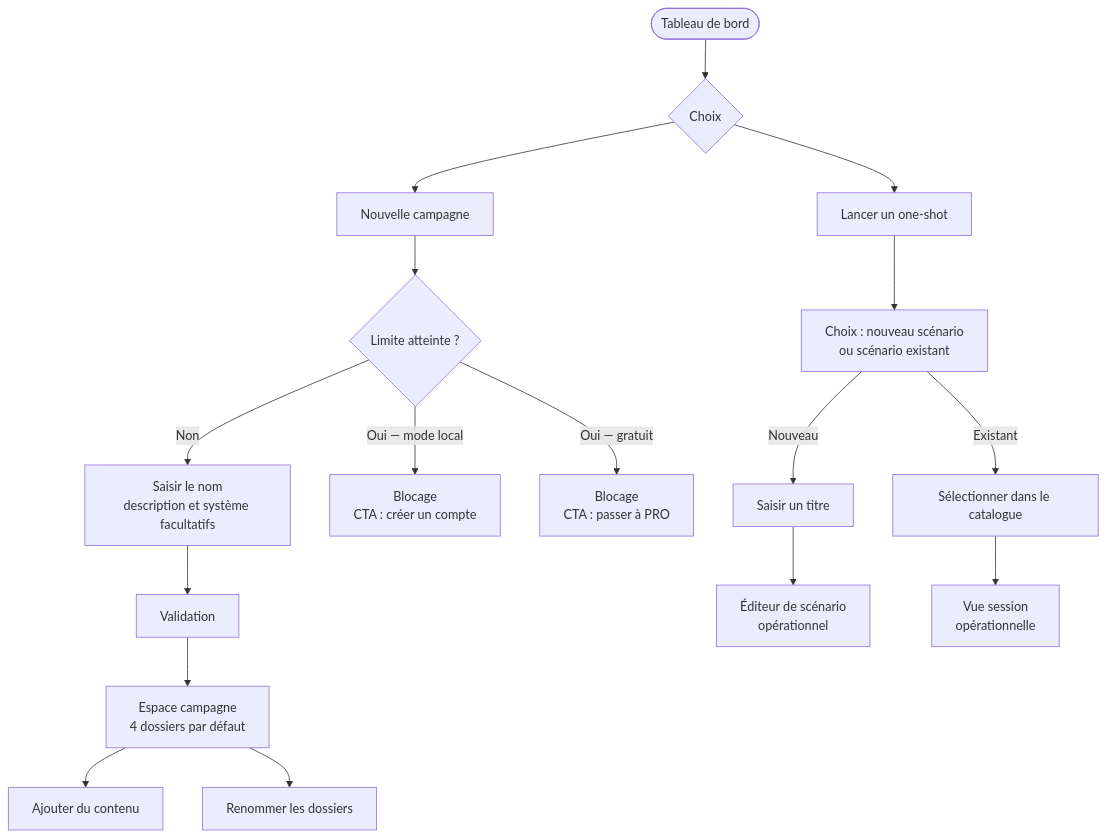
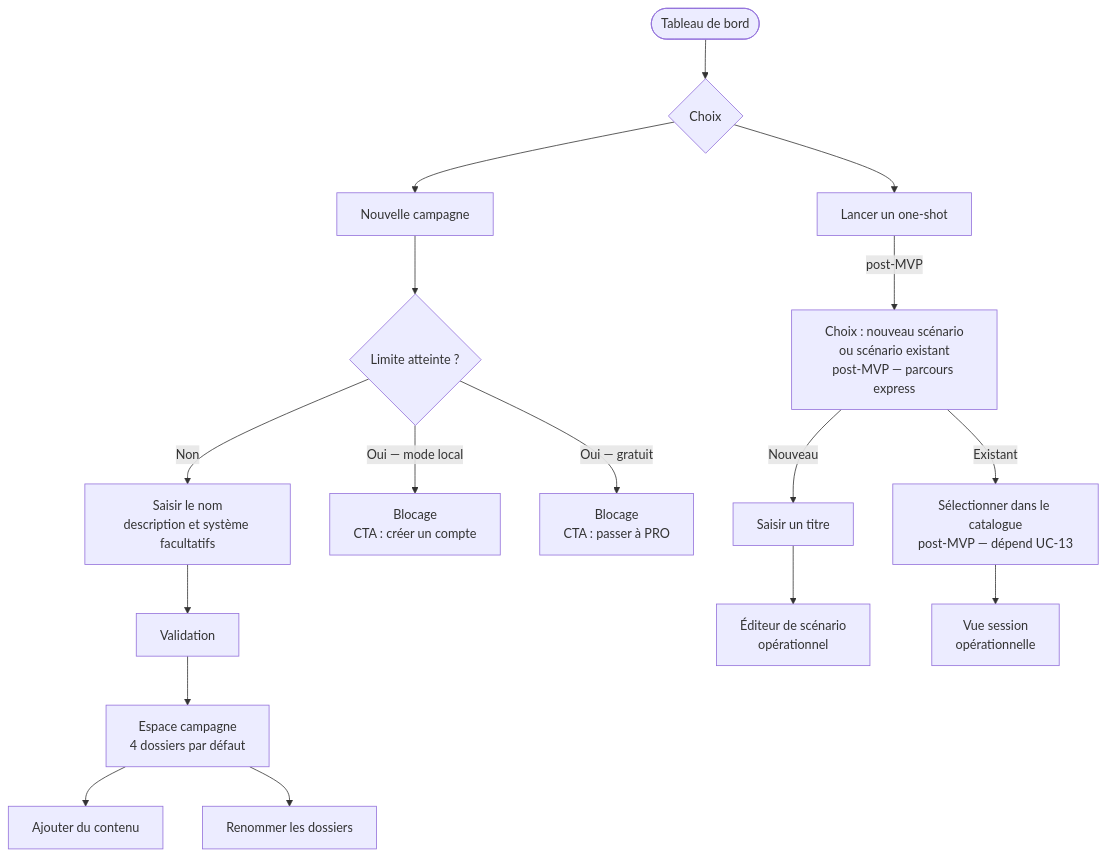
Before and after one commit to 2025-10-CDA-ECO-P6/PM-micro-saas: the second of 2 diagrams in docs/conception/user-journeys/UJ-UC-02-creer-espace-jeu.md, drawn with Mermaid. The commit also changed other lines of this file and 52 other files, not shown here.

````diff
--- a/docs/conception/user-journeys/UJ-UC-02-creer-espace-jeu.md
+++ b/docs/conception/user-journeys/UJ-UC-02-creer-espace-jeu.md
@@ -47,21 +49,21 @@
 ```mermaid
 flowchart TD
     A([Tableau de bord]) --> B{Choix}
     B --> C[Nouvelle campagne]
     B --> D[Lancer un one-shot]
 
     C --> E{Limite atteinte ?}
     E -->|Non| F[Saisir le nom\ndescription et système facultatifs]
     E -->|Oui — mode local| G[Blocage\nCTA : créer un compte]
     E -->|Oui — gratuit| H[Blocage\nCTA : passer à PRO]
     F --> I[Validation]
     I --> J[Espace campagne\n4 dossiers par défaut]
     J --> K[Ajouter du contenu]
     J --> L[Renommer les dossiers]
 
-    D --> M[Choix : nouveau scénario\nou scénario existant]
+    D -->|post-MVP| M[Choix : nouveau scénario\nou scénario existant\npost-MVP — parcours express]
     M -->|Nouveau| N[Saisir un titre]
     N --> O[Éditeur de scénario\nopérationnel]
-    M -->|Existant| P[Sélectionner dans le catalogue]
+    M -->|Existant| P[Sélectionner dans le catalogue\npost-MVP — dépend UC-13]
     P --> Q[Vue session\nopérationnelle]
 ```
````
